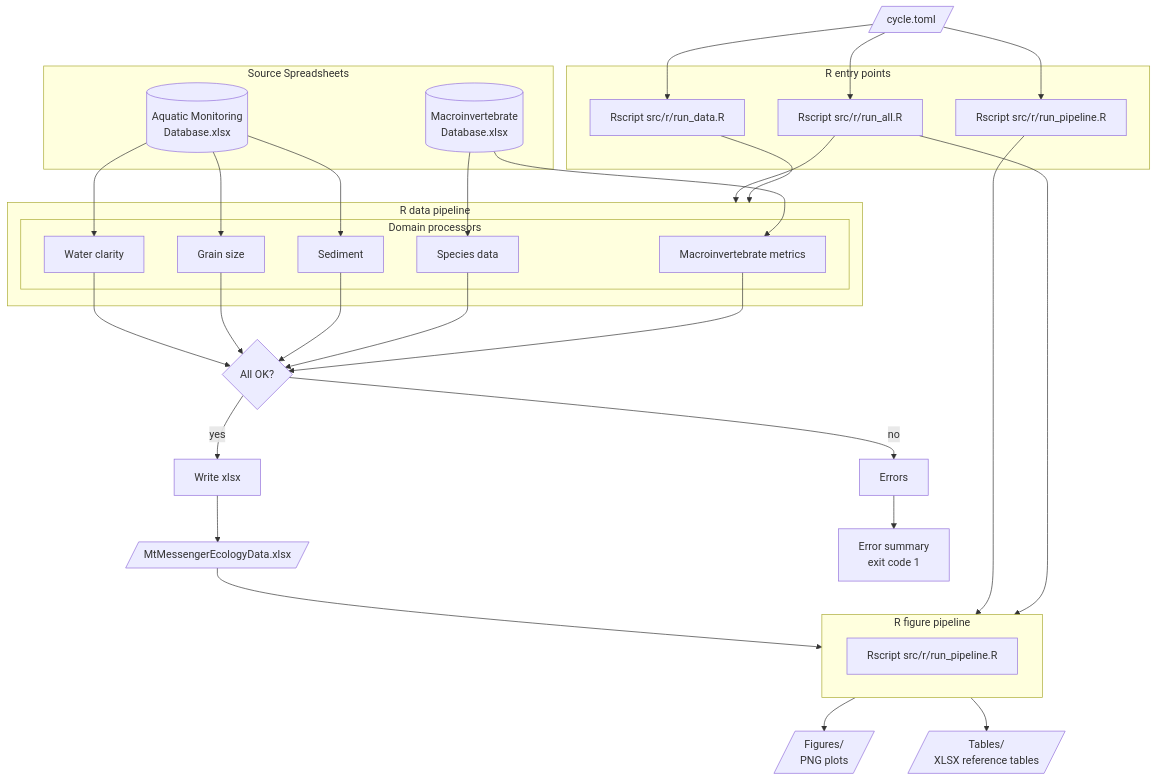
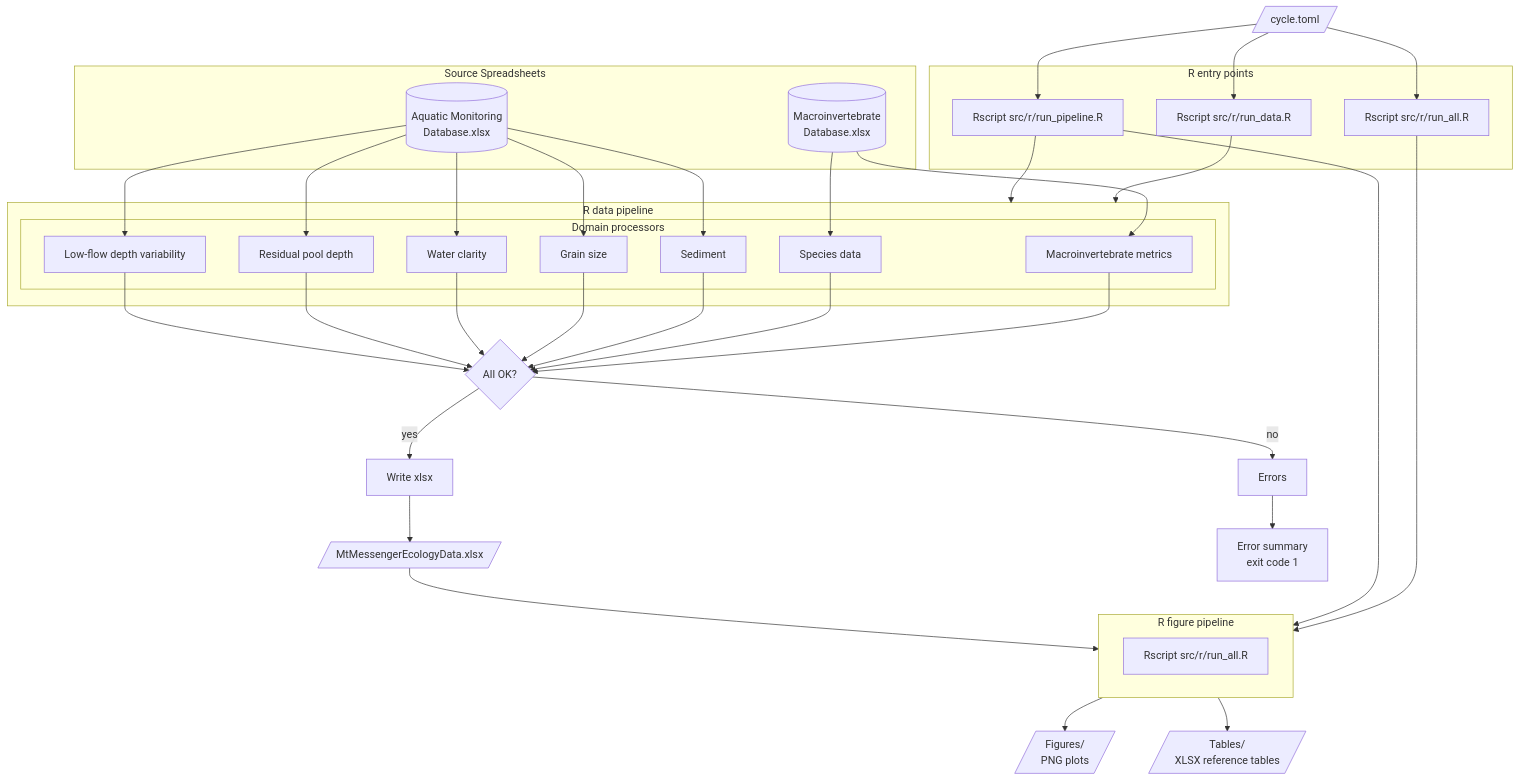
The diagram in README.md (tonkintaylor/p-100181.4600-mt-messenger-ecology), drawn with Mermaid before and after one commit. The commit also changed other lines of this file and 3 other files, not shown here.

First line of the commit message:
docs: correct run_all/run_pipeline roles and refresh pipeline docs

````diff
--- a/README.md
+++ b/README.md
@@ -17,60 +17,66 @@
 ```mermaid
 flowchart TD
     Config[/"cycle.toml"/] --> DataCmd
     Config --> PipelineCmd
     Config --> AllCmd
 
     subgraph EntryPoints ["R entry points"]
         DataCmd["Rscript src/r/run_data.R"]
         PipelineCmd["Rscript src/r/run_pipeline.R"]
         AllCmd["Rscript src/r/run_all.R"]
     end
 
     DataCmd --> Pipeline
-    AllCmd --> Pipeline
+    PipelineCmd --> Pipeline
     AllCmd --> RFigures
 
     subgraph Sources ["Source Spreadsheets"]
         MacroDB[("Macroinvertebrate\nDatabase.xlsx")]
         AquaticDB[("Aquatic Monitoring\nDatabase.xlsx")]
     end
 
     MacroDB --> Macro
     MacroDB --> MacroSpecies
     AquaticDB --> Sediment
     AquaticDB --> SedimentSize
     AquaticDB --> Clarity
+    AquaticDB --> RPD
+    AquaticDB --> LDV
 
     subgraph Pipeline ["R data pipeline"]
         subgraph Domains ["Domain processors"]
             Macro["Macroinvertebrate metrics"]
             MacroSpecies["Species data"]
             Sediment["Sediment"]
             SedimentSize["Grain size"]
             Clarity["Water clarity"]
+            RPD["Residual pool depth"]
+            LDV["Low-flow depth variability"]
         end
     end
 
     Macro --> Merge
     MacroSpecies --> Merge
     Sediment --> Merge
     SedimentSize --> Merge
     Clarity --> Merge
+    RPD --> Merge
+    LDV --> Merge
 
     Merge{All OK?}
     Merge -->|yes| Writer
     Merge -->|no| Errors
 
     Writer["Write xlsx"] --> DataOutput[/"MtMessengerEcologyData.xlsx"/]
     Errors --> ErrReport["Error summary\nexit code 1"]
 
     PipelineCmd --> RFigures
     DataOutput --> RFigures
 
     subgraph RFigures ["R figure pipeline"]
-        Rscript["Rscript src/r/run_pipeline.R"]
+        Rscript["Rscript src/r/run_all.R"]
     end
 
     RFigures --> Figures[/"Figures/\nPNG plots"/]
     RFigures --> Tables[/"Tables/\nXLSX reference tables"/]
 ```
````
